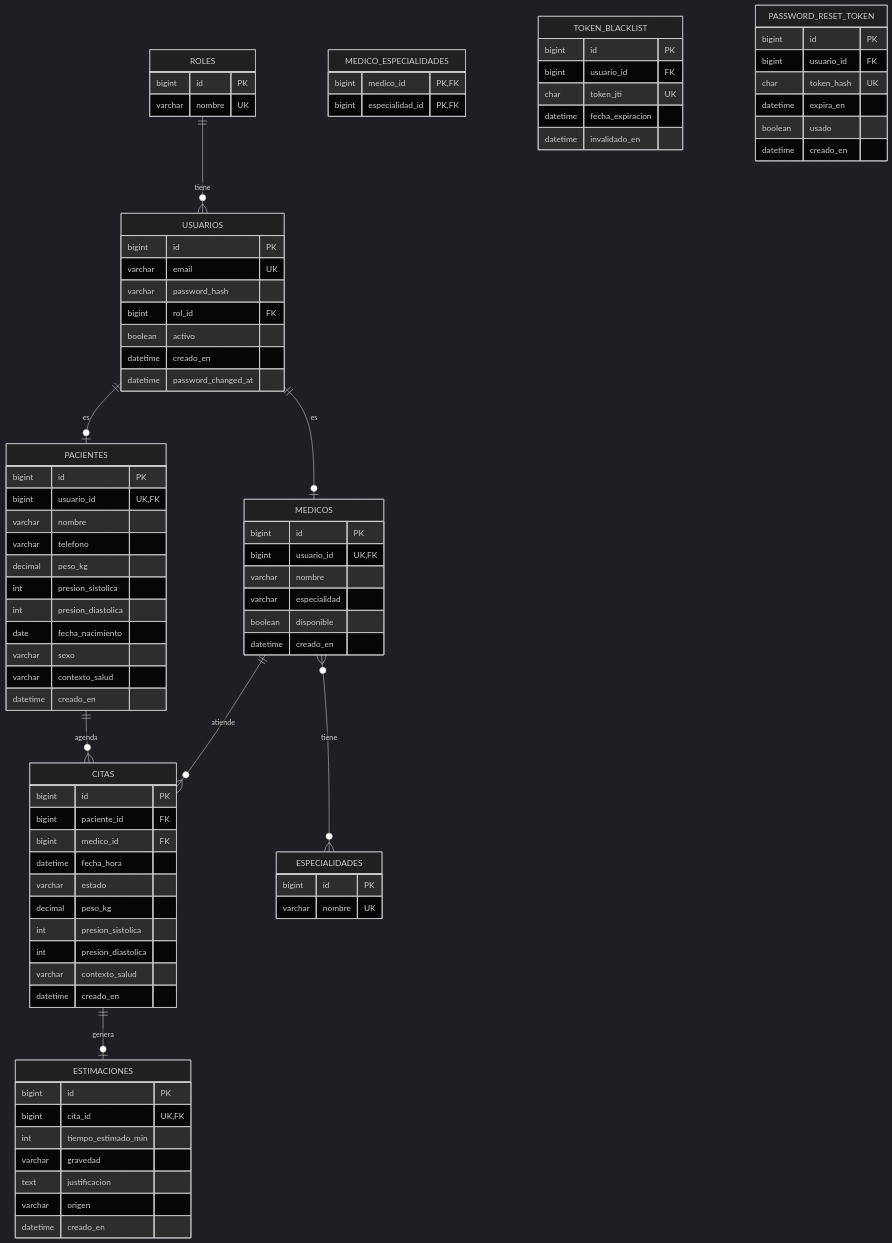
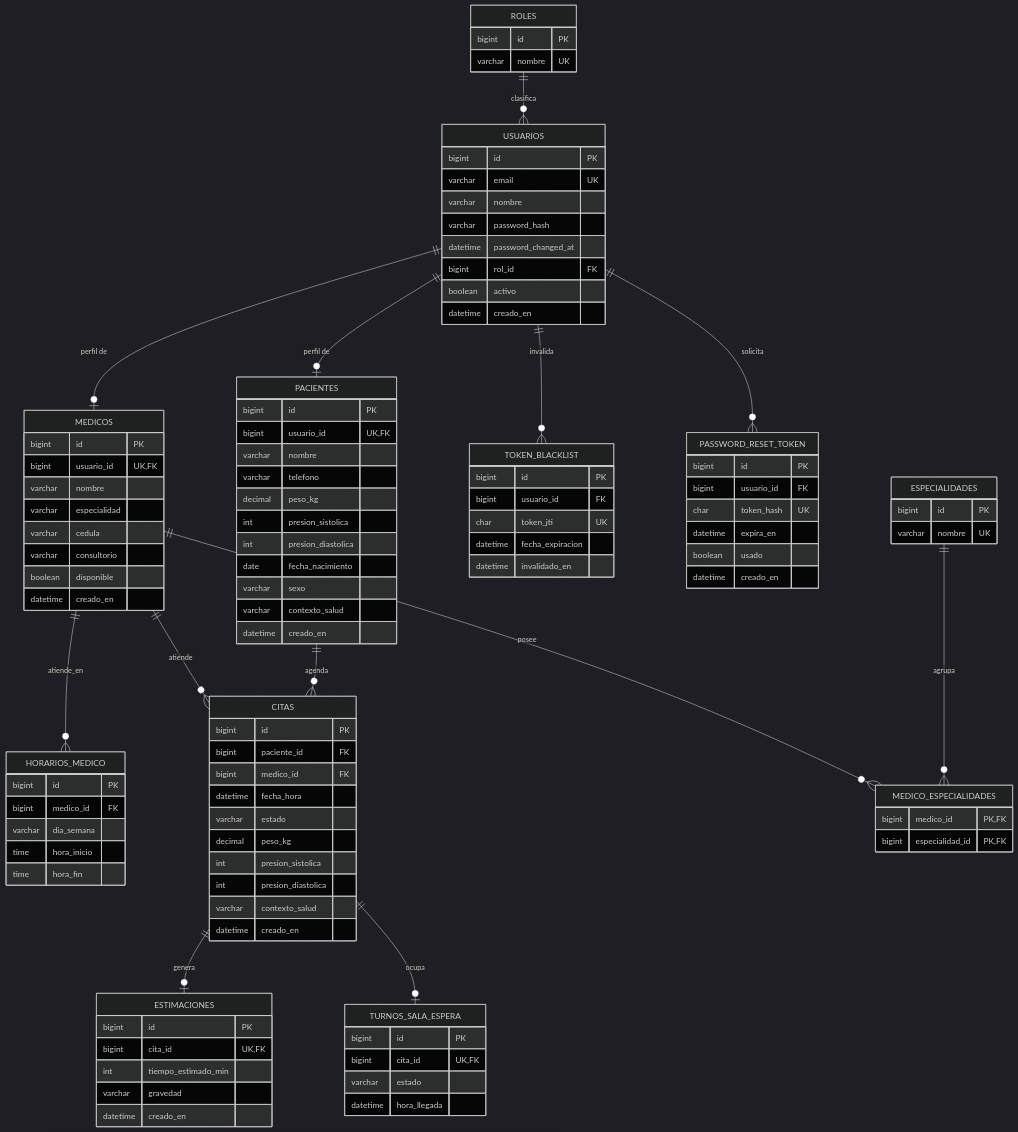
The diagram in README.md (LuisEduardoChavezLjx/SaludOAX-App-Web), drawn with Mermaid (dark theme) before and after one commit. The commit also changed other lines of this file, not shown here.

````diff
--- a/README.md
+++ b/README.md
@@ -111,12 +263,17 @@
 ```mermaid
 erDiagram
-  ROLES ||--o{ USUARIOS : tiene
-  USUARIOS ||--o| PACIENTES : es
-  USUARIOS ||--o| MEDICOS : es
+  ROLES ||--o{ USUARIOS : clasifica
+  USUARIOS ||--o| PACIENTES : "perfil de"
+  USUARIOS ||--o| MEDICOS : "perfil de"
+  USUARIOS ||--o{ TOKEN_BLACKLIST : invalida
+  USUARIOS ||--o{ PASSWORD_RESET_TOKEN : solicita
+  MEDICOS ||--o{ HORARIOS_MEDICO : atiende_en
   MEDICOS ||--o{ CITAS : atiende
   PACIENTES ||--o{ CITAS : agenda
   CITAS ||--o| ESTIMACIONES : genera
-  MEDICOS }o--o{ ESPECIALIDADES : tiene
+  CITAS ||--o| TURNOS_SALA_ESPERA : ocupa
+  MEDICOS ||--o{ MEDICO_ESPECIALIDADES : posee
+  ESPECIALIDADES ||--o{ MEDICO_ESPECIALIDADES : agrupa
 
   ROLES {
     bigint id PK
@@ -125,11 +282,12 @@
   USUARIOS {
     bigint id PK
     varchar email UK
+    varchar nombre
     varchar password_hash
+    datetime password_changed_at
     bigint rol_id FK
     boolean activo
     datetime creado_en
-    datetime password_changed_at
   }
   PACIENTES {
     bigint id PK
@@ -149,6 +307,8 @@
     bigint usuario_id UK,FK
     varchar nombre
     varchar especialidad
+    varchar cedula
+    varchar consultorio
     boolean disponible
     datetime creado_en
   }
@@ -159,6 +319,13 @@
   MEDICO_ESPECIALIDADES {
     bigint medico_id PK,FK
     bigint especialidad_id PK,FK
+  }
+  HORARIOS_MEDICO {
+    bigint id PK
+    bigint medico_id FK
+    varchar dia_semana
+    time hora_inicio
+    time hora_fin
   }
   CITAS {
     bigint id PK
@@ -177,9 +344,13 @@
     bigint cita_id UK,FK
     int tiempo_estimado_min
     varchar gravedad
-    text justificacion
-    varchar origen
     datetime creado_en
+  }
+  TURNOS_SALA_ESPERA {
+    bigint id PK
+    bigint cita_id UK,FK
+    varchar estado
+    datetime hora_llegada
   }
   TOKEN_BLACKLIST {
     bigint id PK
````
